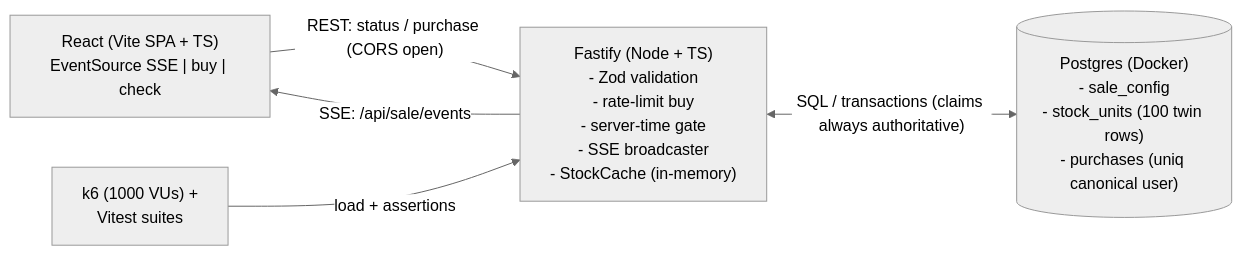
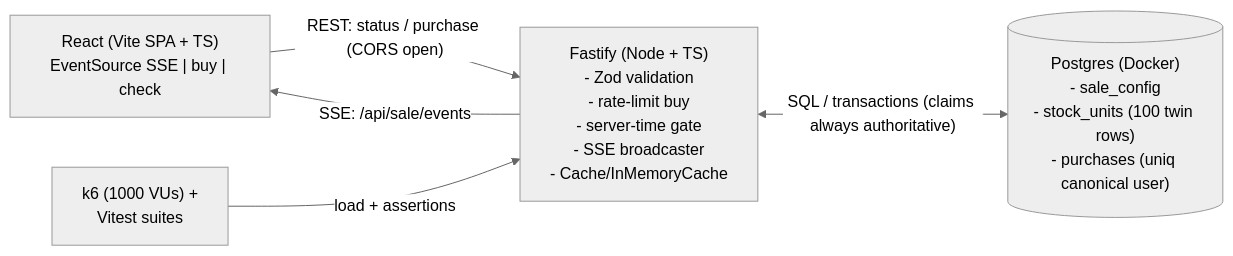
Before and after one commit to naufalmalikr/bookipi-flash-sale: the diagram in STRATEGY.md, drawn with Mermaid (neutral theme). The commit also changed other lines of this file and 28 other files, not shown here.

````diff
--- a/STRATEGY.md
+++ b/STRATEGY.md
@@ -48,12 +48,12 @@
 ```mermaid
 flowchart LR
     FE["React (Vite SPA + TS)<br/>EventSource SSE | buy | check"]
-    BE["Fastify (Node + TS)<br/>- Zod validation<br/>- rate-limit buy<br/>- server-time gate<br/>- SSE broadcaster<br/>- StockCache (in-memory)"]
+    BE["Fastify (Node + TS)<br/>- Zod validation<br/>- rate-limit buy<br/>- server-time gate<br/>- SSE broadcaster<br/>- Cache/InMemoryCache"]
     DB[("Postgres (Docker)<br/>- sale_config<br/>- stock_units (100 twin rows)<br/>- purchases (uniq canonical user)")]
     TEST["k6 (1000 VUs) +<br/>Vitest suites"]
 
     FE -->|"REST: status / purchase (CORS open)"| BE
     BE -->|"SSE: /api/sale/events"| FE
     BE <-->|"SQL / transactions (claims always authoritative)"| DB
     TEST -->|"load + assertions"| BE
 ```
````
